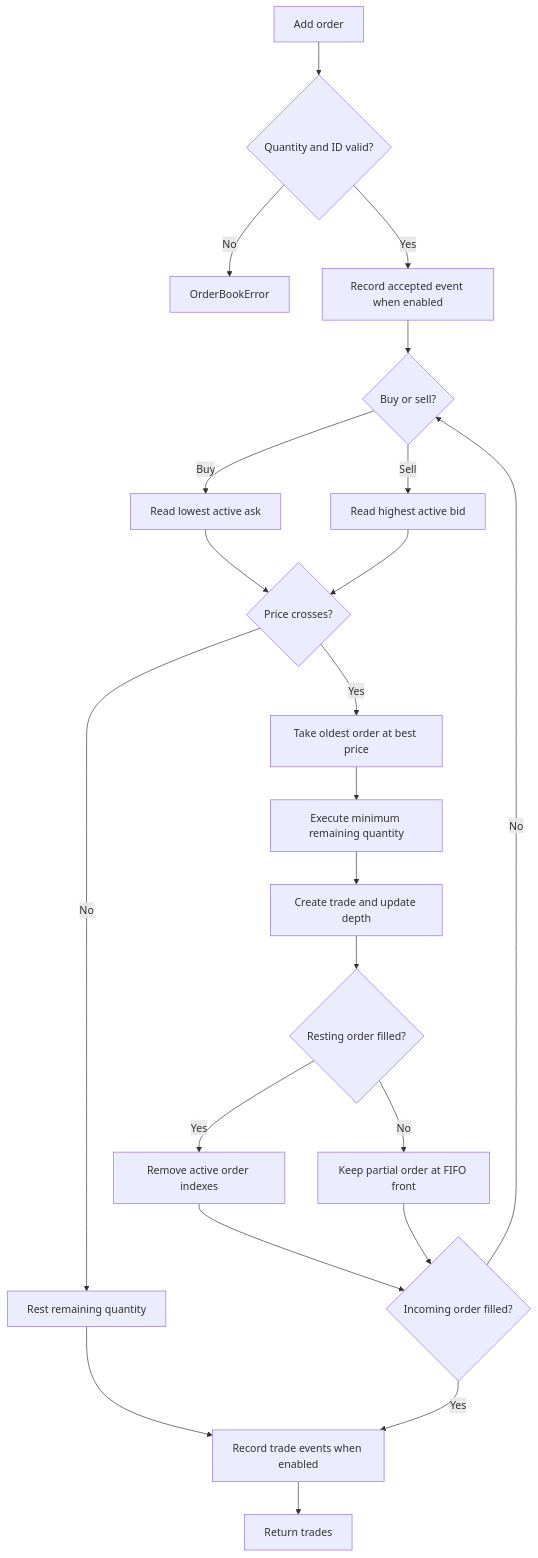
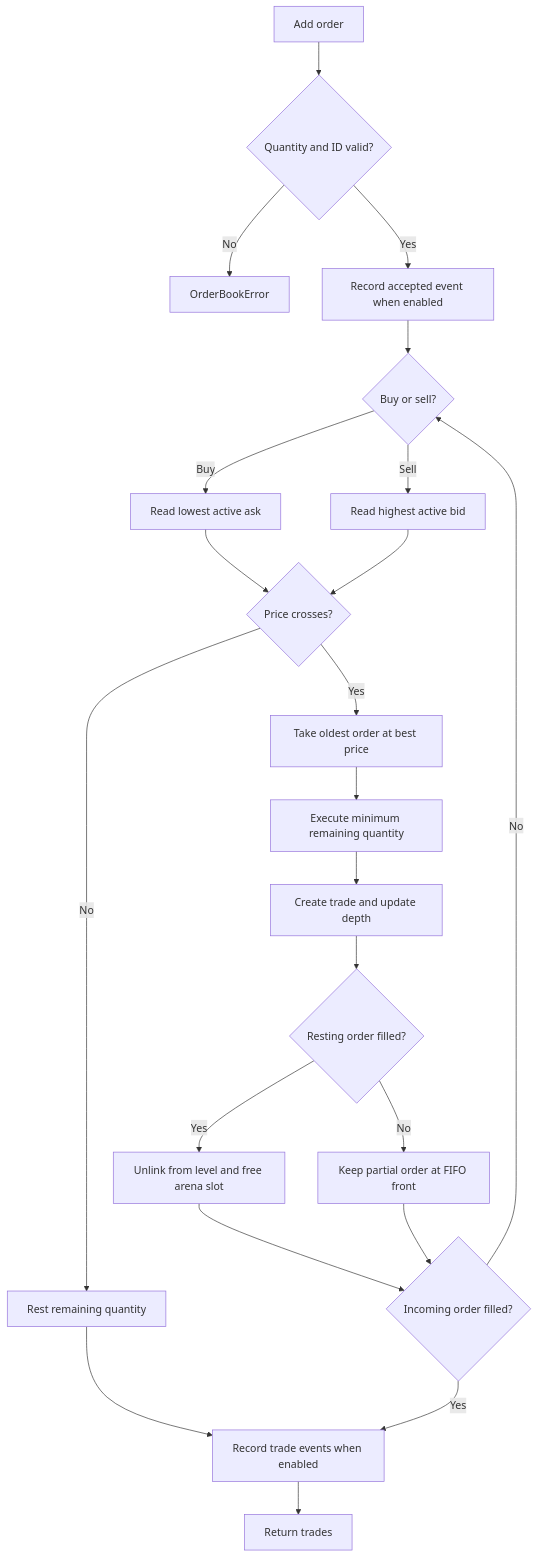
The seventh of 11 diagrams in docs/CURRENT_ARCHITECTURE_FLOWCHARTS.md (kunal171/hft-limit-order-book), drawn with Mermaid before and after one commit. The commit also changed other lines of this file and 4 other files, not shown here.

Commit message:
docs: update README and architecture documents to reflect arena-based order storage and single-use order IDs

````diff
--- a/docs/CURRENT_ARCHITECTURE_FLOWCHARTS.md
+++ b/docs/CURRENT_ARCHITECTURE_FLOWCHARTS.md
@@ -214,24 +214,24 @@
 ```mermaid
 flowchart TD
     Command[Add order] --> ValidateOrder{Quantity and ID valid?}
     ValidateOrder -->|No| OrderError[OrderBookError]
     ValidateOrder -->|Yes| AcceptedEvent[Record accepted event when enabled]
     AcceptedEvent --> Side{Buy or sell?}
     Side -->|Buy| BestAsk[Read lowest active ask]
     Side -->|Sell| BestBid[Read highest active bid]
     BestAsk --> Cross{Price crosses?}
     BestBid --> Cross
     Cross -->|No| Rest[Rest remaining quantity]
     Cross -->|Yes| Fifo[Take oldest order at best price]
     Fifo --> Fill[Execute minimum remaining quantity]
     Fill --> Trade[Create trade and update depth]
     Trade --> RestingFilled{Resting order filled?}
-    RestingFilled -->|Yes| RemoveIndexes[Remove active order indexes]
+    RestingFilled -->|Yes| RemoveIndexes[Unlink from level and free arena slot]
     RestingFilled -->|No| KeepFront[Keep partial order at FIFO front]
     RemoveIndexes --> IncomingFilled{Incoming order filled?}
     KeepFront --> IncomingFilled
     IncomingFilled -->|No| Side
     IncomingFilled -->|Yes| TradeEvents[Record trade events when enabled]
     Rest --> TradeEvents
     TradeEvents --> Result[Return trades]
 ```
````
